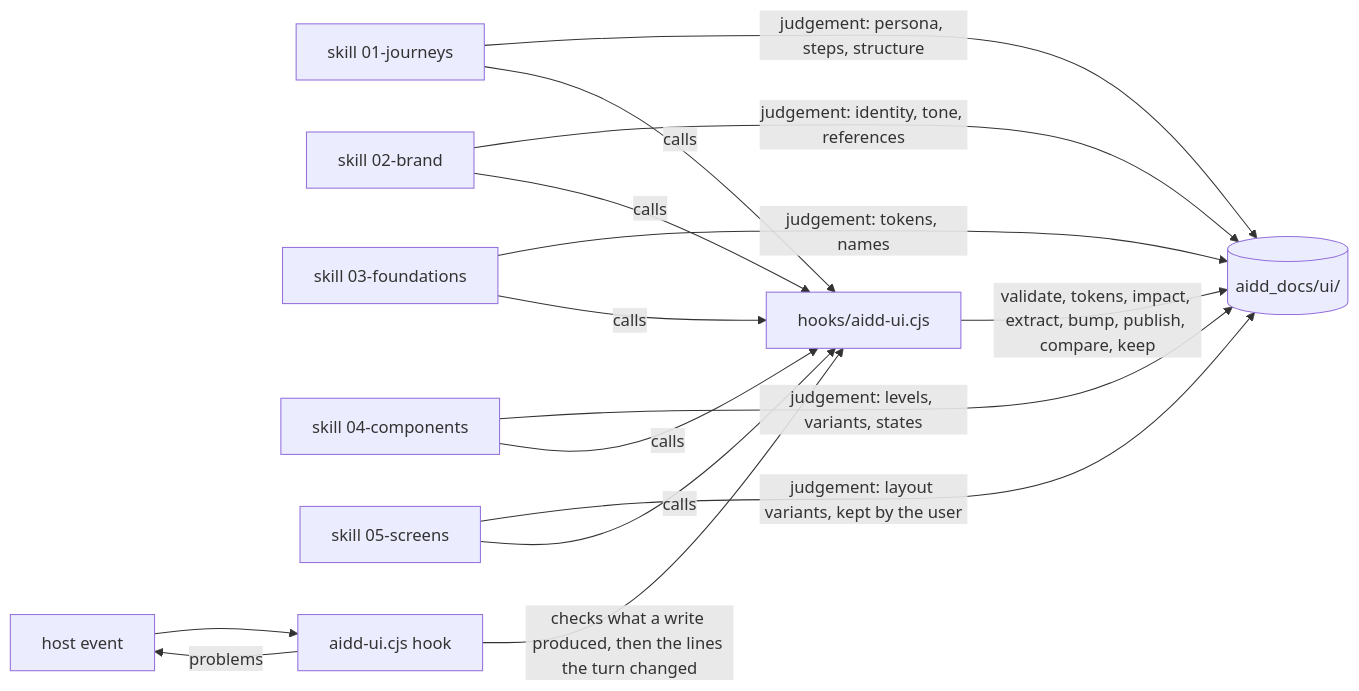
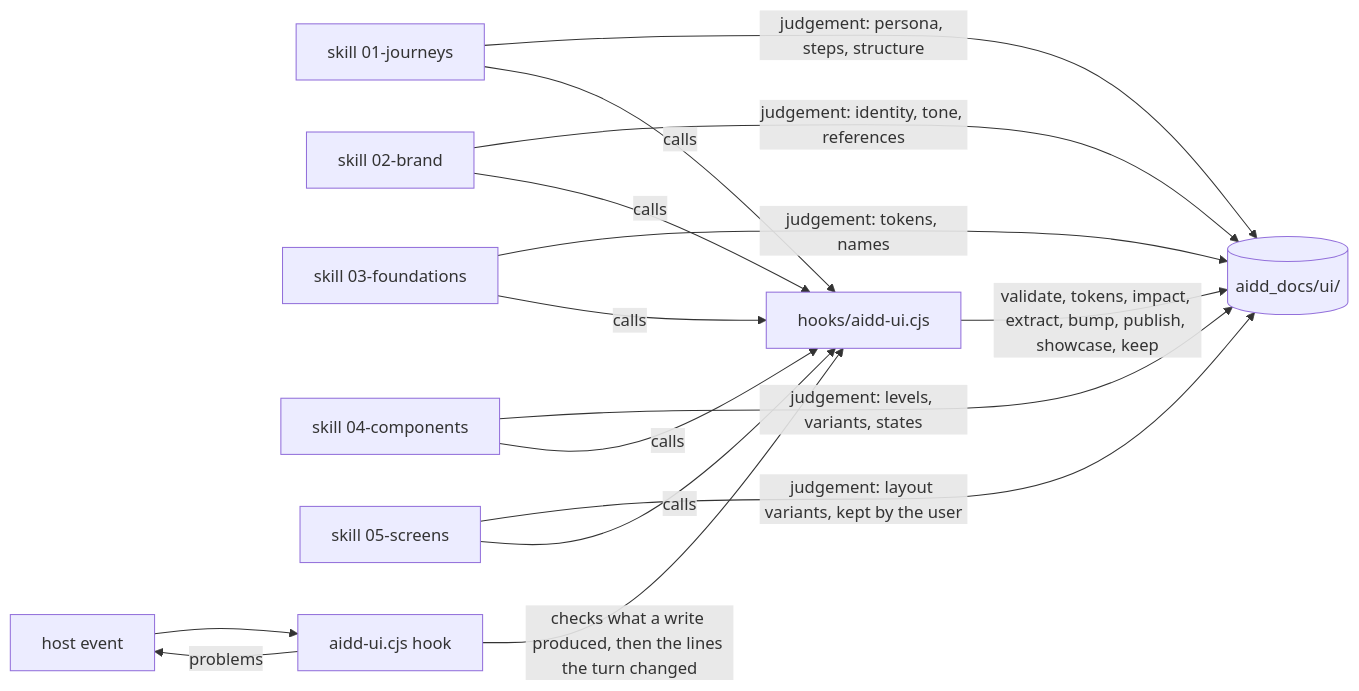
Before and after one commit to ai-driven-dev/framework: the diagram in plugins/aidd-ui/README.md, drawn with Mermaid. The commit also changed other lines of this file and 6 other files, not shown here.

````diff
--- a/plugins/aidd-ui/README.md
+++ b/plugins/aidd-ui/README.md
@@ -20,17 +20,17 @@
 ```mermaid
 flowchart LR
   Journeys["skill 01-journeys"] -->|"judgement: persona, steps, structure"| Docs[("aidd_docs/ui/")]
   Brand["skill 02-brand"] -->|"judgement: identity, tone, references"| Docs
   Foundations["skill 03-foundations"] -->|"judgement: tokens, names"| Docs
   Components["skill 04-components"] -->|"judgement: levels, variants, states"| Docs
   Screens["skill 05-screens"] -->|"judgement: layout variants, kept by the user"| Docs
   Journeys -->|"calls"| Engine["hooks/aidd-ui.cjs"]
   Brand -->|"calls"| Engine
   Foundations -->|"calls"| Engine
   Components -->|"calls"| Engine
   Screens -->|"calls"| Engine
-  Engine -->|"validate, tokens, impact, extract, bump, publish, compare, keep"| Docs
+  Engine -->|"validate, tokens, impact, extract, bump, publish, showcase, keep"| Docs
   Host["host event"] --> Hook["aidd-ui.cjs hook"]
   Hook -->|"checks what a write produced, then the lines the turn changed"| Engine
   Hook -->|"problems"| Host
 ```
````
